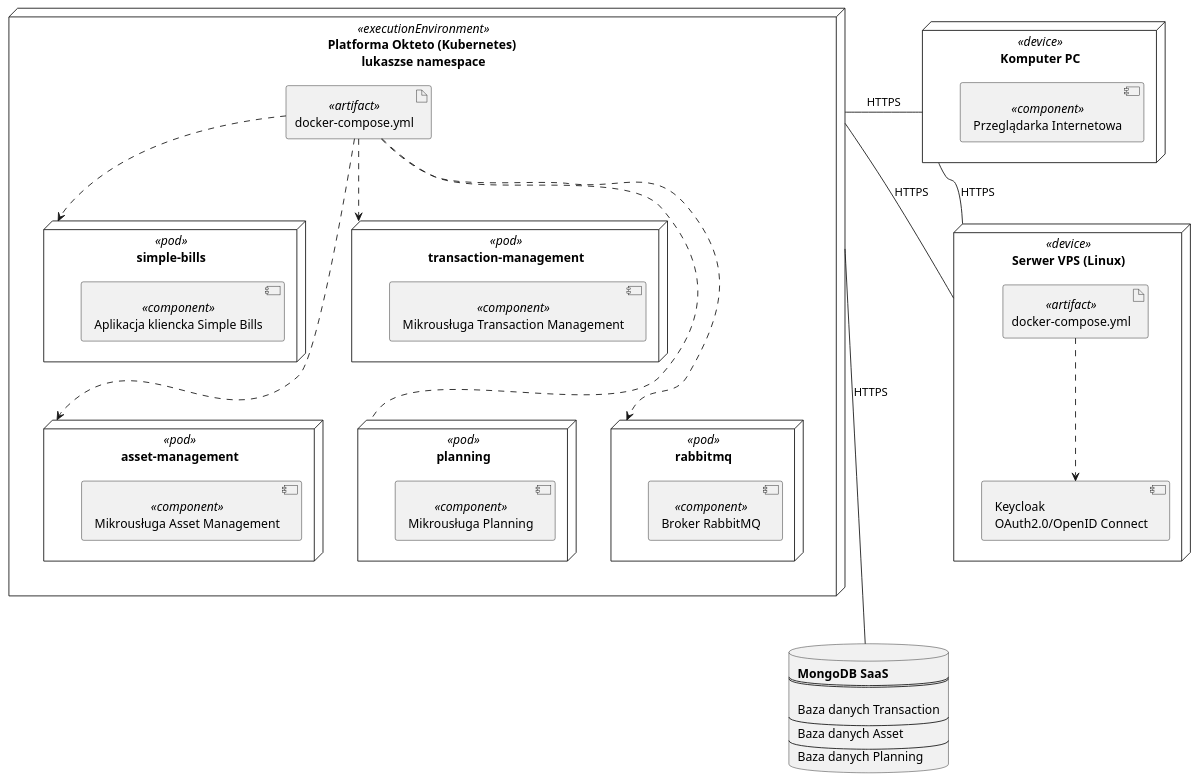
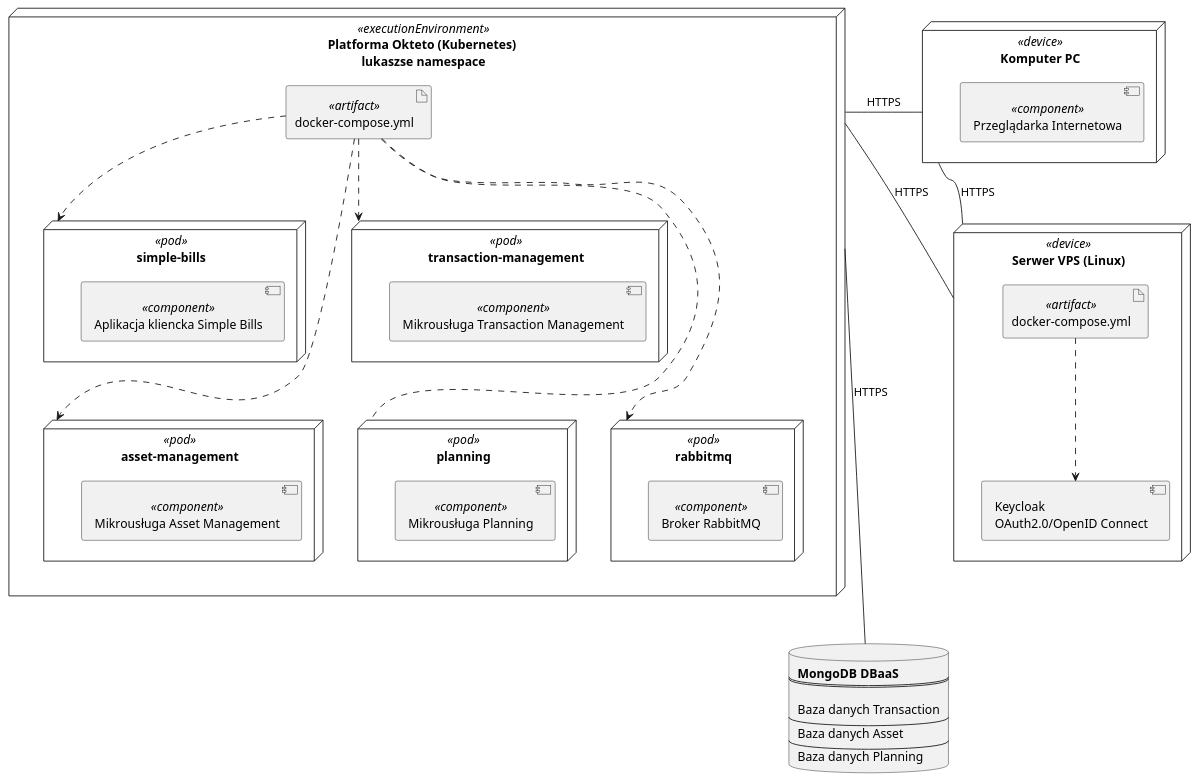
Before and after one commit to lukaszse/simple-bills: the diagram in diagrams/deployment-diagram/simple-bills-deployment-diagram.puml, drawn with PlantUML.

Commit message:
fix deploymemt diagram

```diff
--- a/diagrams/deployment-diagram/simple-bills-deployment-diagram.puml
+++ b/diagrams/deployment-diagram/simple-bills-deployment-diagram.puml
@@ -1,63 +1,63 @@
 @startuml
 'https://plantuml.com/deployment-diagram
 
 
 node "Serwer VPS (Linux)" <<device>> as linux {
     artifact "docker-compose.yml" <<artifact>> as dcompKeycloak
     component "Keycloak \nOAuth2.0/OpenID Connect" as keycloak
 }
 
 node "Komputer PC" <<device>> as pc {
     component "Przeglądarka Internetowa" <<component>>
 }
 
 node "Platforma Okteto (Kubernetes) \nlukaszse namespace" <<executionEnvironment>> as okteto {
 
     artifact "docker-compose.yml" <<artifact>> as dComp
 
     node "simple-bills" <<pod>> as gui {
     component "Aplikacja kliencka Simple Bills" <<component>>
     }
 
     node "asset-management" <<pod>> as asset {
     component "Mikrousługa Asset Management" <<component>>
     }
 
     node "transaction-management" <<pod>> as transaction {
     component "Mikrousługa Transaction Management" <<component>>
     }
 
     node "planning" <<pod>> as planning {
     component "Mikrousługa Planning" <<component>>
     }
 
     node "rabbitmq" <<pod>> as rabbit {
     component "Broker RabbitMQ" <<component>>
     }
 }
 
 
 database mongo [
-<b>MongoDB SaaS
+<b>MongoDB DBaaS
 ===
 
 Baza danych Transaction
 ----
 Baza danych Asset
 ----
 Baza danych Planning
 ]
 
 dComp ..> gui
 dComp ... planning
 dComp ...> asset
 dComp ..> transaction
 dComp ...> rabbit
 dcompKeycloak ..> keycloak
 pc -left- okteto : HTTPS
 linux -- okteto : HTTPS
 pc -- linux : HTTPS
 okteto ---- mongo : HTTPS
 
 
 @enduml
```
